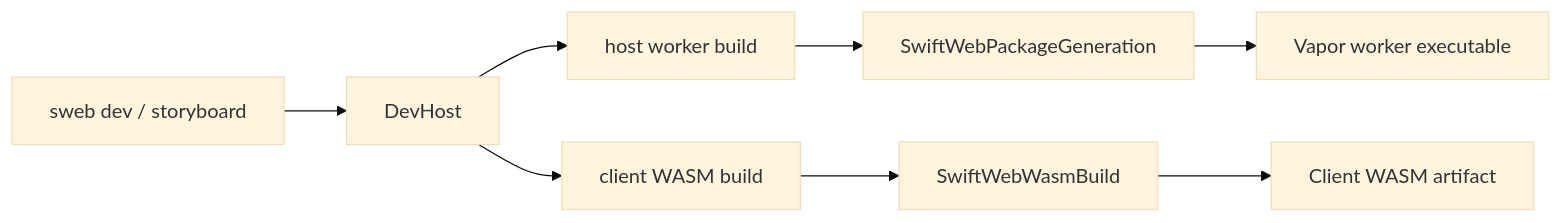
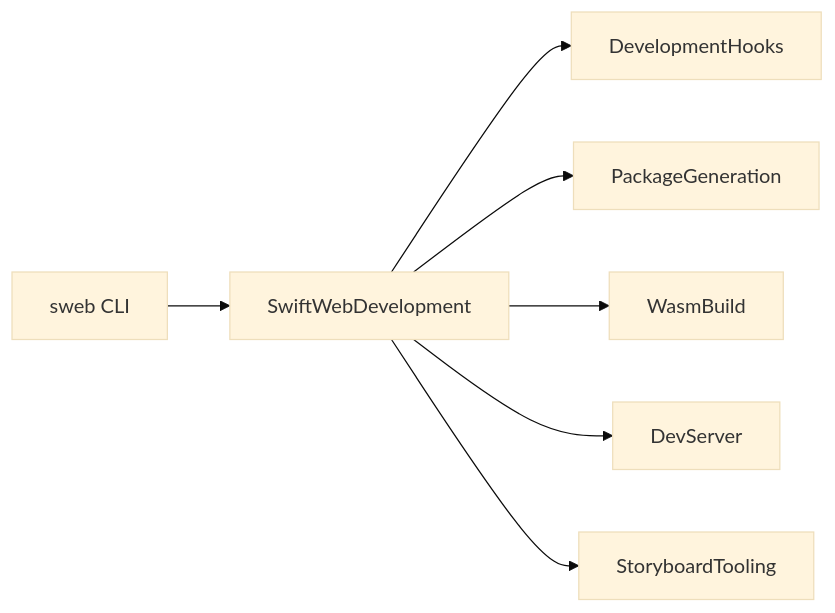
Before and after one commit to 1amageek/swift-web: the first of 2 diagrams in Sources/SwiftWebDevelopment/Facade/README.md, drawn with Mermaid (base theme). The commit also changed other lines of this file and 30 other files, not shown here.

Commit message:
Update documentation for SwiftWeb 0.7

````diff
--- a/Sources/SwiftWebDevelopment/Facade/README.md
+++ b/Sources/SwiftWebDevelopment/Facade/README.md
@@ -55,10 +17,9 @@
 ```mermaid
 flowchart LR
-  A["sweb dev / storyboard"] --> B["DevHost"]
-  B --> C["host worker build"]
-  B --> D["client WASM build"]
-  C --> E["SwiftWebPackageGeneration"]
-  D --> F["SwiftWebWasmBuild"]
-  E --> G["Vapor worker executable"]
-  F --> H["Client WASM artifact"]
+  CLI["sweb CLI"] --> Facade["SwiftWebDevelopment"]
+  Facade --> Hooks["DevelopmentHooks"]
+  Facade --> Generation["PackageGeneration"]
+  Facade --> Wasm["WasmBuild"]
+  Facade --> Dev["DevServer"]
+  Facade --> Storyboard["StoryboardTooling"]
 ```
````
